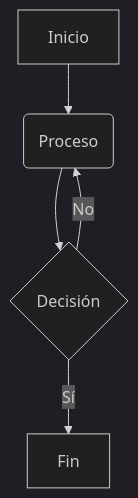
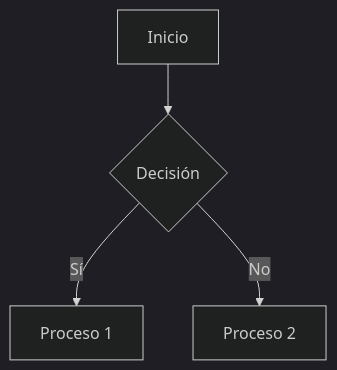
One commit to aljuliedot/Gestion-de-Biblioteca-UNAB. changed the diagram in README.md. Above: the diagram before and after it, drawn with Mermaid (dark theme).

Commit message:
Actualizar README.md
Prueba 2 de Mermaid.

````diff
--- a/README.md
+++ b/README.md
@@ -21,7 +21,6 @@
 ```mermaid
-graph TD
-    A[Inicio] --> B(Proceso)
-    B --> C{Decisión}
-    C -->|Sí| D[Fin]
-    C -->|No| B
+graph TD;
+    A[Inicio] --> B{Decisión};
+    B -- Sí --> C[Proceso 1];
+    B -- No --> D[Proceso 2];
 ```
````
